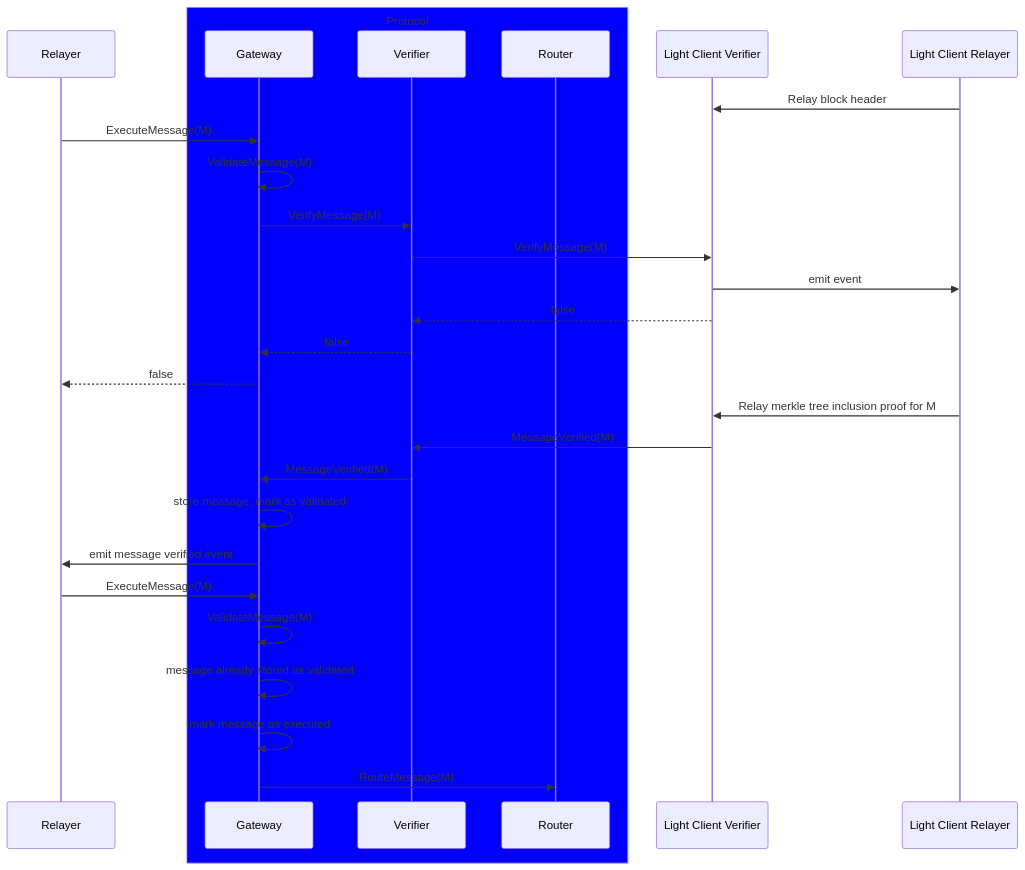
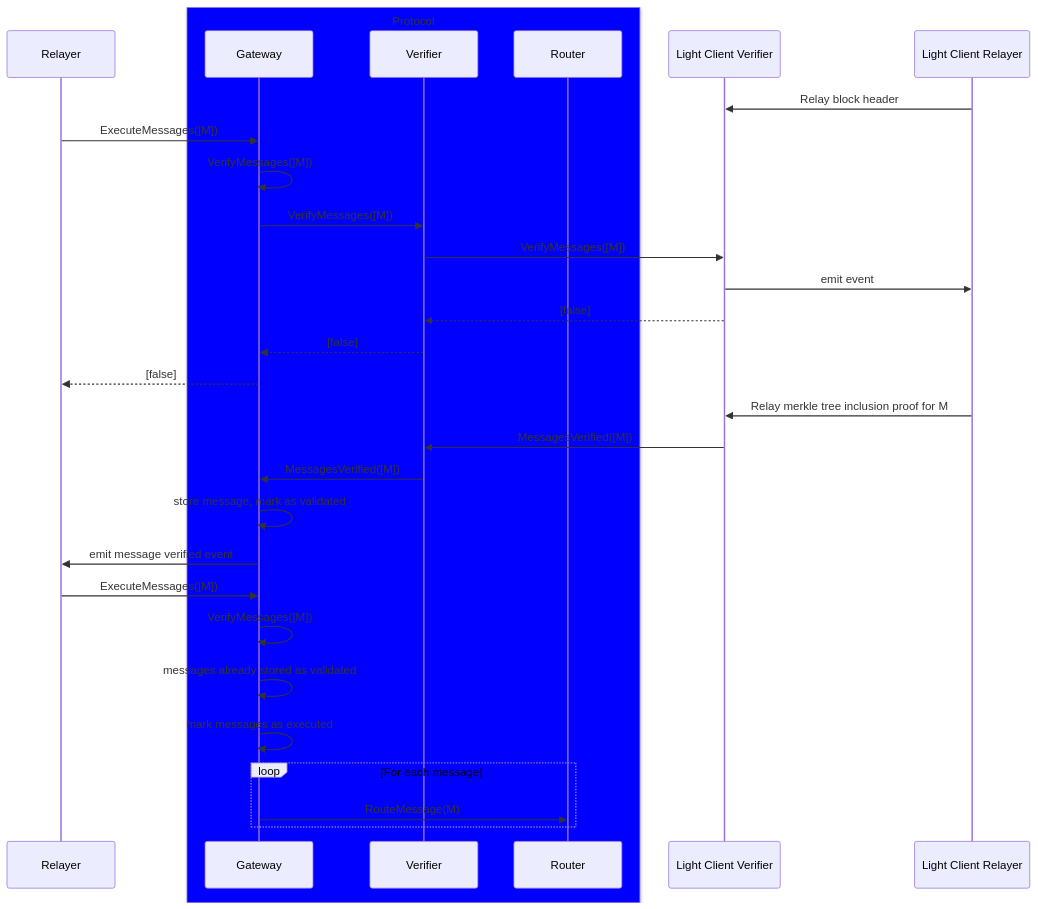
Before and after one commit to axelarnetwork/axelar-amplifier: the seventh of 13 diagrams in README.md, drawn with Mermaid. The commit also changed other lines of this file, not shown here.

````diff
--- a/README.md
+++ b/README.md
@@ -225,37 +235,39 @@
 ```mermaid
 sequenceDiagram
     participant Relayer
 
     box Blue Protocol
     participant Gateway
     participant Verifier
     participant Router
     end
 
     participant Light Client Verifier
     participant Light Client Relayer
 
     Light Client Relayer->>Light Client Verifier: Relay block header
 
-    Relayer->>Gateway: ExecuteMessage(M)
-    Gateway->>Gateway: ValidateMessage(M)
-    Gateway->>Verifier: VerifyMessage(M)
-    Verifier->>Light Client Verifier: VerifyMessage(M)
+    Relayer->>Gateway: ExecuteMessages([M])
+    Gateway->>Gateway: VerifyMessages([M])
+    Gateway->>Verifier: VerifyMessages([M])
+    Verifier->>Light Client Verifier: VerifyMessages([M])
     Light Client Verifier->>Light Client Relayer: emit event
-    Light Client Verifier-->>Verifier: false
-    Verifier-->>Gateway: false
-    Gateway-->>Relayer: false
+    Light Client Verifier-->>Verifier: [false]
+    Verifier-->>Gateway: [false]
+    Gateway-->>Relayer: [false]
 
     Light Client Relayer->>Light Client Verifier: Relay merkle tree inclusion proof for M
 
-    Light Client Verifier->>Verifier: MessageVerified(M)
-    Verifier->>Gateway: MessageVerified(M)
+    Light Client Verifier->>Verifier: MessagesVerified([M])
+    Verifier->>Gateway: MessagesVerified([M])
     Gateway->>Gateway: store message, mark as validated
     Gateway->>Relayer: emit message verified event
 
-    Relayer->>Gateway: ExecuteMessage(M)
-    Gateway->>Gateway: ValidateMessage(M)
-    Gateway->>Gateway: message already stored as validated
-    Gateway->>Gateway: mark message as executed
-    Gateway->>Router: RouteMessage(M)
+    Relayer->>Gateway: ExecuteMessages([M])
+    Gateway->>Gateway: VerifyMessages([M])
+    Gateway->>Gateway: messages already stored as validated
+    Gateway->>Gateway: mark messages as executed
+    loop For each message
+        Gateway->>Router: RouteMessage(M)
+    end
 ```
````
